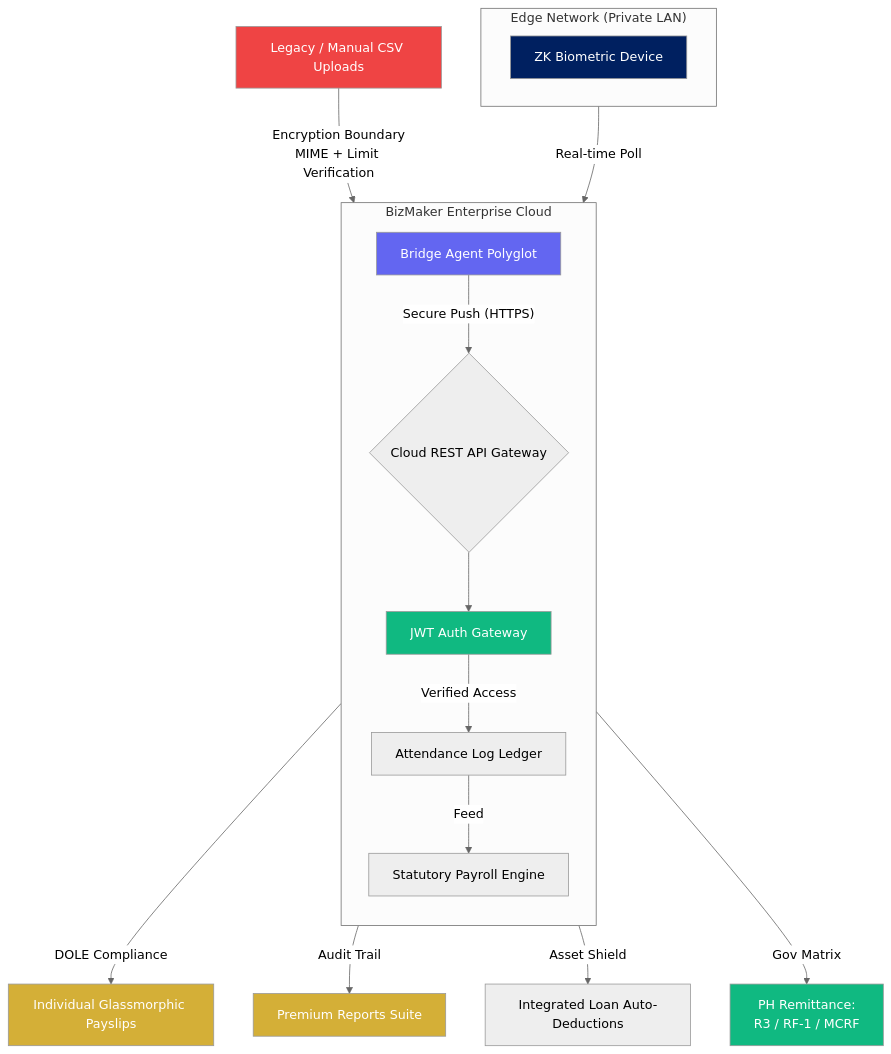
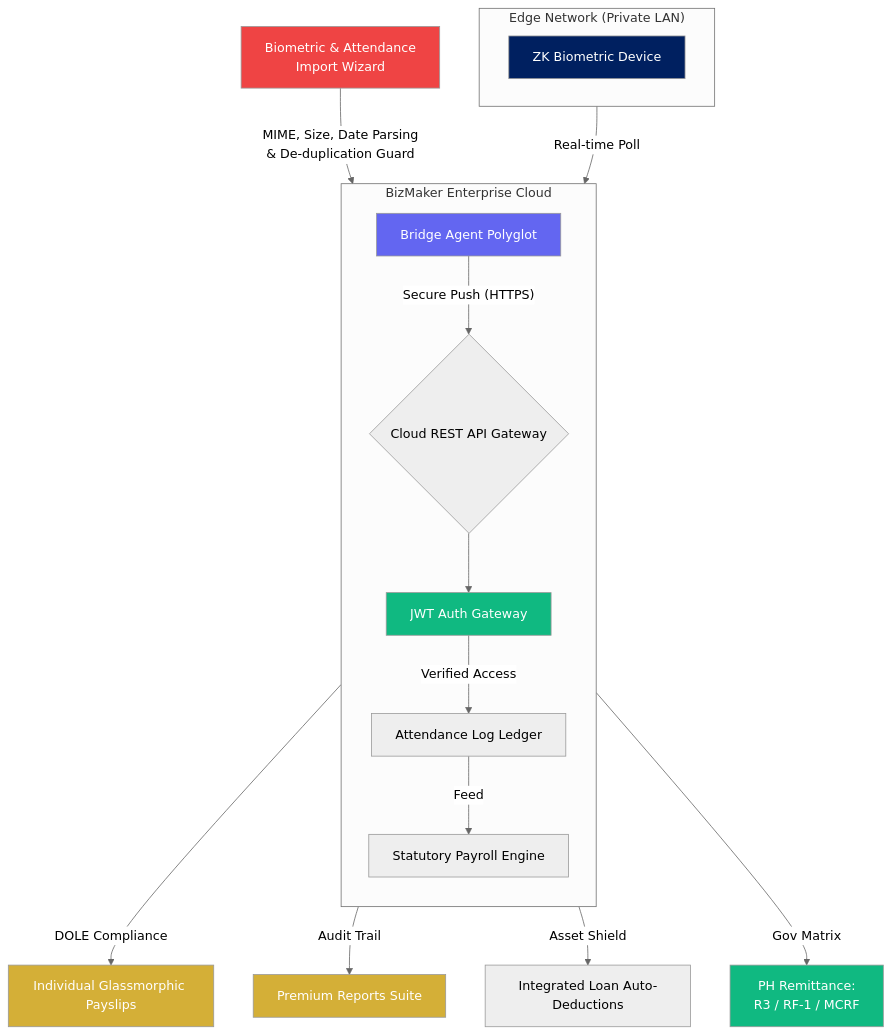
Before and after one commit to binssente-crypto/PAYROLL-DOCUMENTATION: the fourth of 49 diagrams in README.md, drawn with Mermaid (neutral theme). The commit also changed other lines of this file, not shown here.

````diff
--- a/README.md
+++ b/README.md
@@ -93,37 +309,37 @@
 ```mermaid
 flowchart TD
     subgraph Local["Edge Network (Private LAN)"]
         direction LR
         HW[ZK Biometric Device]
     end
     
     subgraph Cloud["BizMaker Enterprise Cloud"]
         direction TB
         BRIDGE[Bridge Agent Polyglot]
         API{Cloud REST API Gateway}
         AUTH[JWT Auth Gateway]
         LOG[Attendance Log Ledger]
         PAY[Statutory Payroll Engine]
     end
 
     HW -->|Real-time Poll| BRIDGE
     BRIDGE -->|"Secure Push (HTTPS)"| API
     API --> AUTH
     AUTH -->|Verified Access| LOG
     
     LOG -->|Feed| PAY
     PAY -->|DOLE Compliance| SLIP[Individual Glassmorphic Payslips]
     PAY -->|Audit Trail| REP[Premium Reports Suite]
     PAY -->|Asset Shield| LOAN[Integrated Loan Auto-Deductions]
     PAY -->|Gov Matrix| REMIT["PH Remittance:<br/>R3 / RF-1 / MCRF"]
     
-    UPL["Legacy / Manual CSV Uploads"] -->|"Encryption Boundary<br/>MIME + Limit Verification"| LOG
+    UPL["Biometric & Attendance<br/>Import Wizard"] -->|"MIME, Size, Date Parsing<br/>& De-duplication Guard"| LOG
 
     style HW fill:#002060,color:#fff
     style SLIP fill:#D4AF37,color:#fff
     style REP fill:#D4AF37,color:#fff
     style REMIT fill:#10b981,color:#fff
     style UPL fill:#ef4444,color:#fff
     style BRIDGE fill:#6366f1,color:#fff
     style AUTH fill:#10b981,color:#fff
 ```
````
